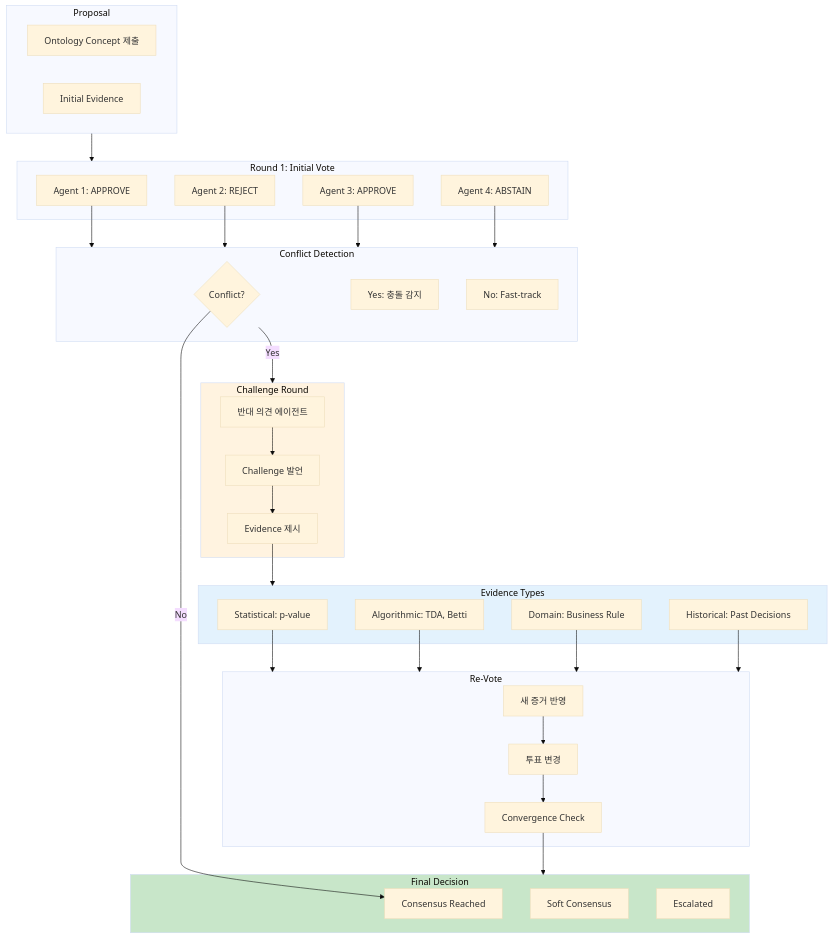
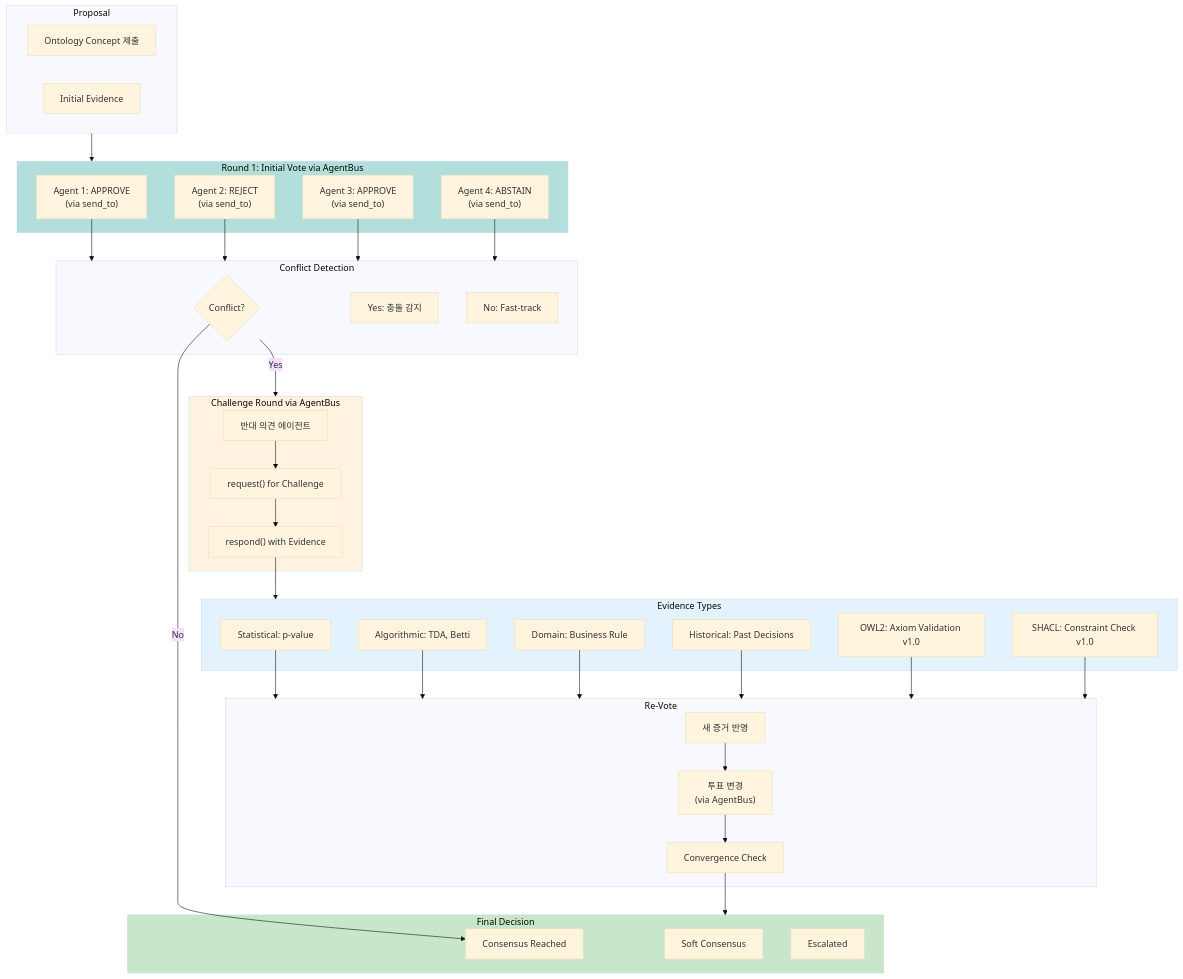
The fifth of 11 diagrams in docs/diagrams/04-consensus-engine.md (sabill123/ontology), drawn with Mermaid (base theme) before and after one commit. The commit also changed other lines of this file and 176 other files, not shown here.

````diff
--- a/docs/diagrams/04-consensus-engine.md
+++ b/docs/diagrams/04-consensus-engine.md
@@ -198,59 +218,62 @@
 ```mermaid
 flowchart TB
     subgraph PROPOSAL["Proposal"]
         P1["Ontology Concept 제출"]
         P2["Initial Evidence"]
     end
 
-    subgraph VOTE1["Round 1: Initial Vote"]
-        V1["Agent 1: APPROVE"]
-        V2["Agent 2: REJECT"]
-        V3["Agent 3: APPROVE"]
-        V4["Agent 4: ABSTAIN"]
+    subgraph VOTE1["Round 1: Initial Vote via AgentBus"]
+        V1["Agent 1: APPROVE<br/>(via send_to)"]
+        V2["Agent 2: REJECT<br/>(via send_to)"]
+        V3["Agent 3: APPROVE<br/>(via send_to)"]
+        V4["Agent 4: ABSTAIN<br/>(via send_to)"]
     end
 
     subgraph CONFLICT["Conflict Detection"]
         CF1{Conflict?}
         CF2["Yes: 충돌 감지"]
         CF3["No: Fast-track"]
     end
 
-    subgraph DEBATE["Challenge Round"]
+    subgraph DEBATE["Challenge Round via AgentBus"]
         D1["반대 의견 에이전트"]
-        D2["Challenge 발언"]
-        D3["Evidence 제시"]
+        D2["request() for Challenge"]
+        D3["respond() with Evidence"]
     end
 
     subgraph EVIDENCE["Evidence Types"]
         E1["Statistical: p-value"]
         E2["Algorithmic: TDA, Betti"]
         E3["Domain: Business Rule"]
         E4["Historical: Past Decisions"]
+        E5["OWL2: Axiom Validation v1.0"]
+        E6["SHACL: Constraint Check v1.0"]
     end
 
     subgraph REVOTE["Re-Vote"]
         R1["새 증거 반영"]
-        R2["투표 변경"]
+        R2["투표 변경<br/>(via AgentBus)"]
         R3["Convergence Check"]
     end
 
     subgraph FINAL["Final Decision"]
         F1["Consensus Reached"]
         F2["Soft Consensus"]
         F3["Escalated"]
     end
 
     PROPOSAL --> VOTE1
     V1 & V2 & V3 & V4 --> CONFLICT
     CF1 -->|Yes| DEBATE
     CF1 -->|No| F1
     D1 --> D2 --> D3
     D3 --> EVIDENCE
-    E1 & E2 & E3 & E4 --> REVOTE
+    E1 & E2 & E3 & E4 & E5 & E6 --> REVOTE
     R1 --> R2 --> R3
     R3 --> FINAL
 
+    style VOTE1 fill:#b2dfdb
     style DEBATE fill:#fff3e0
     style EVIDENCE fill:#e3f2fd
     style FINAL fill:#c8e6c9
 ```
````
